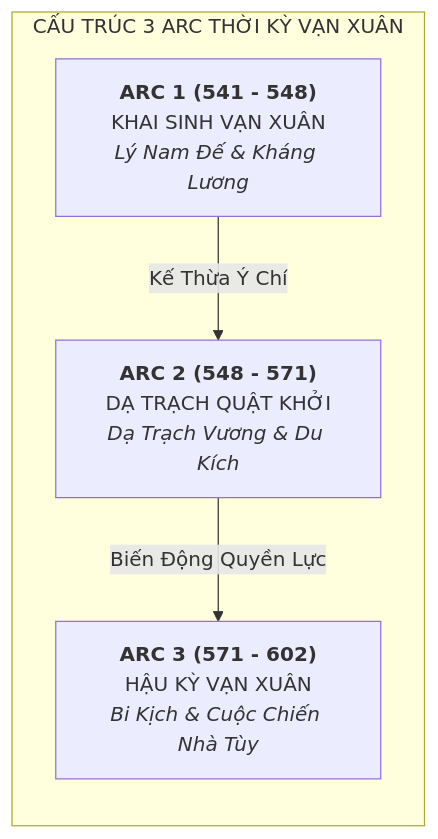
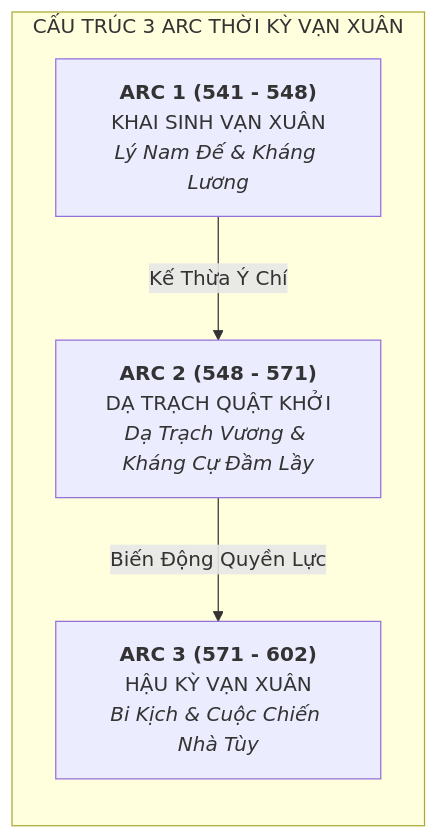
Before and after one commit to LightDucan/HuyenSu-TD: the second of 3 diagrams in docs/drafts/viet-su/van-xuan/chapter-structure-proposal.md, drawn with Mermaid. The commit also changed other lines of this file and 1 other file, not shown here.

````diff
--- a/docs/drafts/viet-su/van-xuan/chapter-structure-proposal.md
+++ b/docs/drafts/viet-su/van-xuan/chapter-structure-proposal.md
@@ -39,11 +43,11 @@
 ```mermaid
 graph LR
     subgraph CẤU TRÚC 3 ARC THỜI KỲ VẠN XUÂN
         Arc1["<b>ARC 1 (541 - 548)</b><br>KHAI SINH VẠN XUÂN<br><i>Lý Nam Đế & Kháng Lương</i>"]
-        Arc2["<b>ARC 2 (548 - 571)</b><br>DẠ TRẠCH QUẬT KHỞI<br><i>Dạ Trạch Vương & Du Kích</i>"]
+        Arc2["<b>ARC 2 (548 - 571)</b><br>DẠ TRẠCH QUẬT KHỞI<br><i>Dạ Trạch Vương & Kháng Cự Đầm Lầy</i>"]
         Arc3["<b>ARC 3 (571 - 602)</b><br>HẬU KỲ VẠN XUÂN<br><i>Bi Kịch & Cuộc Chiến Nhà Tùy</i>"]
         
         Arc1 -->|Kế Thừa Ý Chí| Arc2
         Arc2 -->|Biến Động Quyền Lực| Arc3
     end
 ```
````
